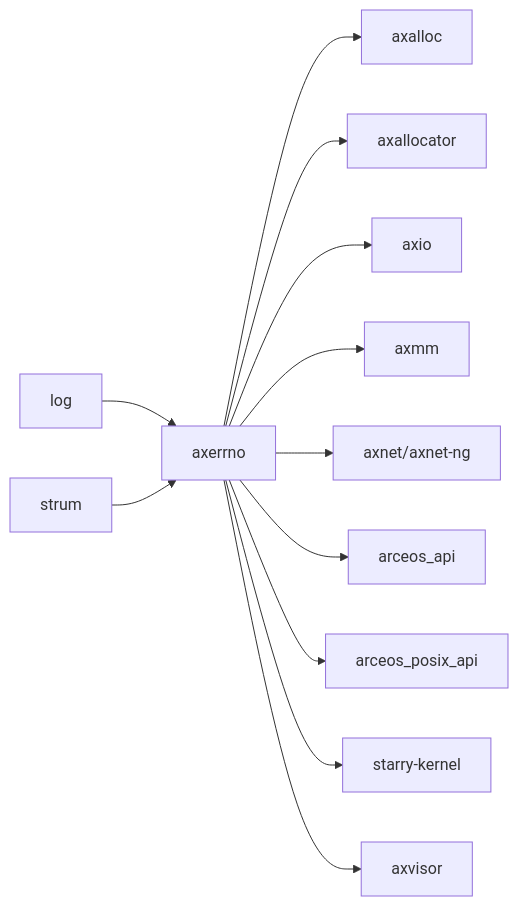
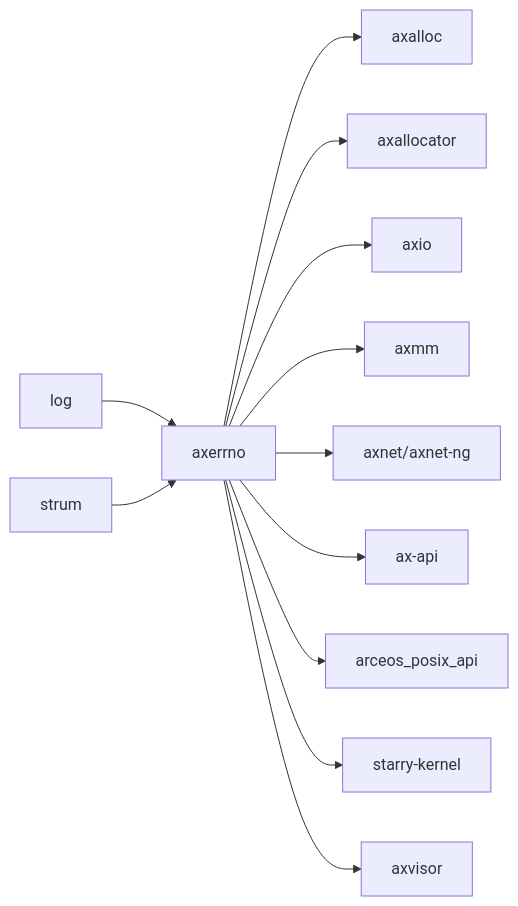
The second of 2 diagrams in docs/crates/axerrno.md (zKurisu/tgoskits), drawn with Mermaid before and after one commit. The commit also changed 61 other files, not shown here.

Commit message:
rename arceos_api to ax-api

````diff
--- a/docs/crates/axerrno.md
+++ b/docs/crates/axerrno.md
@@ -80,15 +80,15 @@
 ```mermaid
 graph LR
     log["log"] --> axerrno["axerrno"]
     strum["strum"] --> axerrno
 
     axerrno --> axalloc["axalloc"]
     axerrno --> axallocator["axallocator"]
     axerrno --> axio["axio"]
     axerrno --> axmm["axmm"]
     axerrno --> axnet["axnet/axnet-ng"]
-    axerrno --> arceos_api["arceos_api"]
+    axerrno --> ax-api["ax-api"]
     axerrno --> arceos_posix["arceos_posix_api"]
     axerrno --> starry_kernel["starry-kernel"]
     axerrno --> axvisor["axvisor"]
 ```
````
